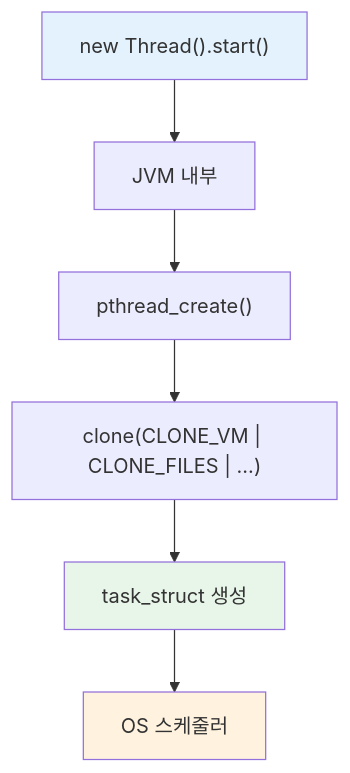
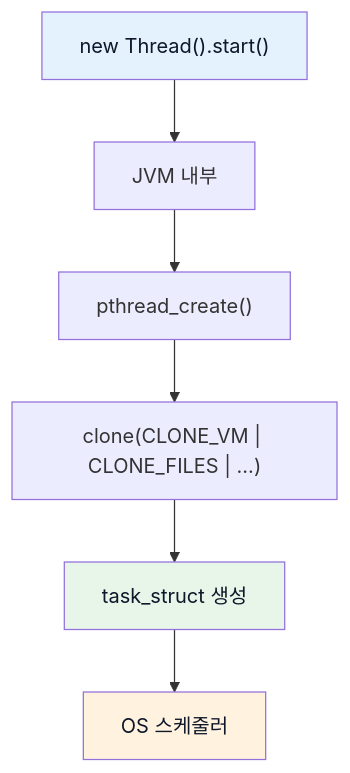
Before and after one commit to snowink1137/blog: the third of 16 diagrams in src/content/blog/jvm-concurrency-model-1-fundamentals.md, drawn with Mermaid. The commit also changed other lines of this file and 17 other files, not shown here.

First line of the commit message:
mermaid 다크모드 대비 수정 — 파스텔 배경 노드의 글자색 명시

````diff
--- a/src/content/blog/jvm-concurrency-model-1-fundamentals.md
+++ b/src/content/blog/jvm-concurrency-model-1-fundamentals.md
@@ -161,12 +161,12 @@
 ```mermaid
 flowchart TB
     JAVA["new Thread().start()"] --> JVM[JVM 내부]
     JVM --> PTHREAD["pthread_create()"]
     PTHREAD --> CLONE_CALL["clone(CLONE_VM | CLONE_FILES | ...)"]
     CLONE_CALL --> TASK[task_struct 생성]
     TASK --> OS_SCHED[OS 스케줄러]
 
-    style JAVA fill:#e3f2fd
-    style TASK fill:#e8f5e9
-    style OS_SCHED fill:#fff3e0
+    style JAVA fill:#e3f2fd,color:#0f172a
+    style TASK fill:#e8f5e9,color:#0f172a
+    style OS_SCHED fill:#fff3e0,color:#0f172a
 ```
````
